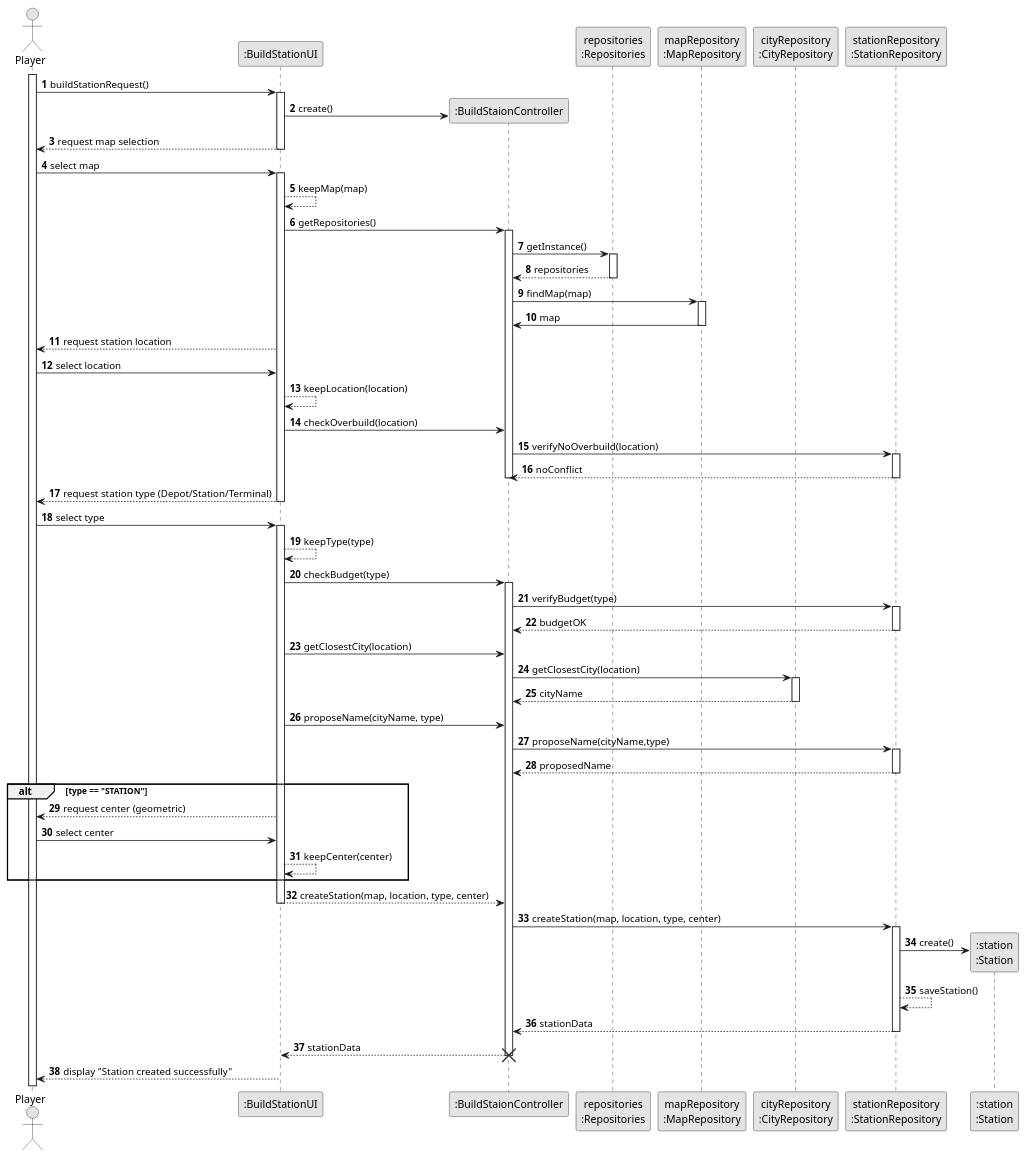
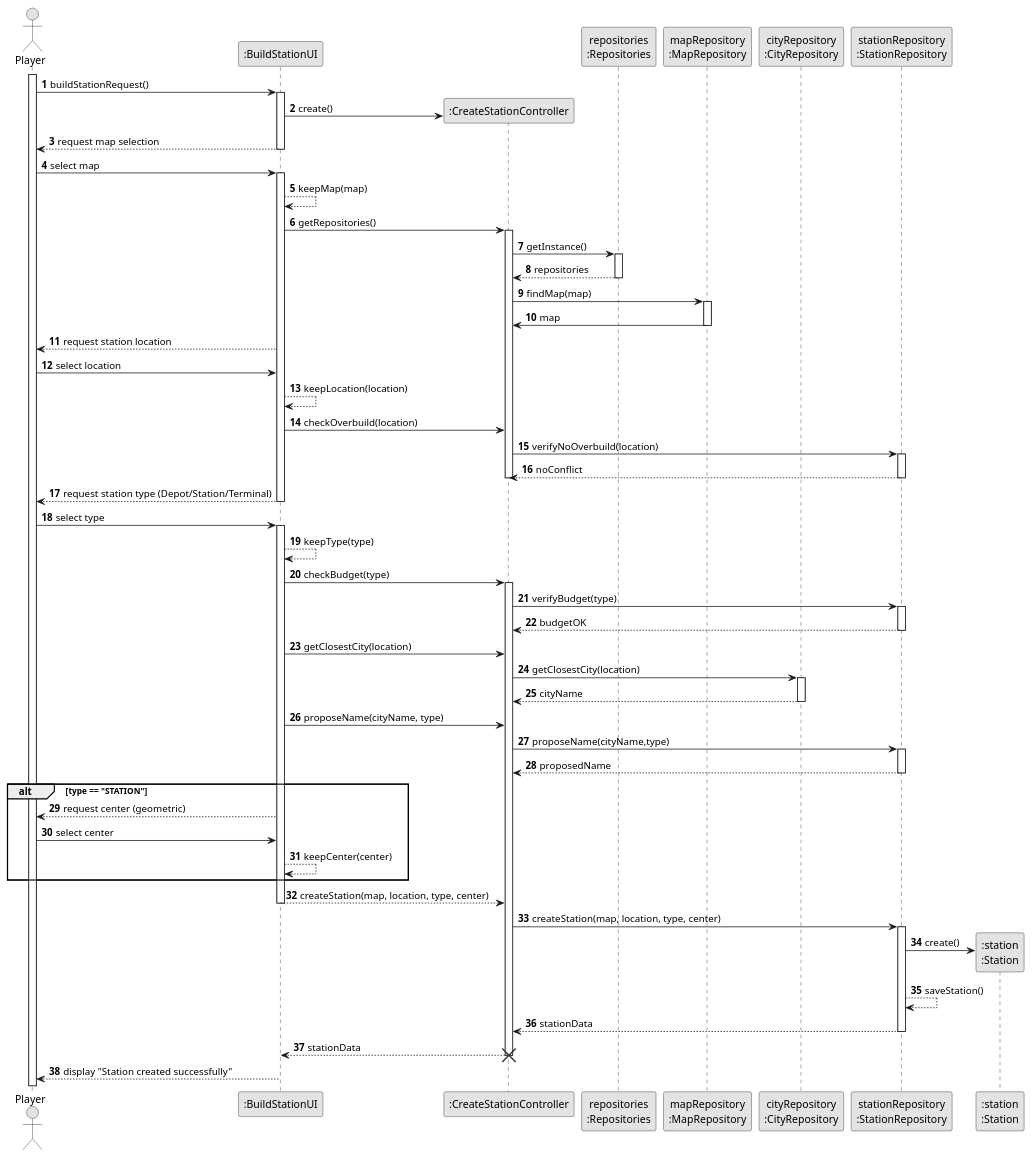
The diagram in docs/system-documentation/US005/03.design/puml/US005-SD.puml (goncalolopesp/sem2-pi-24.25-g093-repo), drawn with PlantUML before and after one commit. The commit also changed 10 other files, not shown here.

```diff
--- a/docs/system-documentation/US005/03.design/puml/US005-SD.puml
+++ b/docs/system-documentation/US005/03.design/puml/US005-SD.puml
@@ -1,108 +1,108 @@
 @startuml US005-SD
 skinparam monochrome true
 skinparam packageStyle rectangle
 skinparam shadowing false
 
 autonumber
 
 actor "Player" as Player
 participant ":BuildStationUI" as BuildStationUI
 
 
 activate Player
 
 Player -> BuildStationUI : buildStationRequest()
-create ":BuildStaionController" as BuildStationController
+create ":CreateStationController" as BuildStationController
 activate BuildStationUI
 BuildStationUI -> BuildStationController: create()
 participant "repositories\n:Repositories" as Repositories
 participant "mapRepository\n:MapRepository" as MapRepository
 participant "cityRepository\n:CityRepository" as CityRepository
 participant "stationRepository\n:StationRepository" as StationRepository
 
 
 BuildStationUI --> Player : request map selection
 deactivate BuildStationUI
 Player -> BuildStationUI : select map
 activate BuildStationUI
 BuildStationUI --> BuildStationUI : keepMap(map)
 
 
 BuildStationUI -> BuildStationController : getRepositories()
 activate BuildStationController
 BuildStationController -> Repositories : getInstance()
 activate Repositories
 Repositories --> BuildStationController : repositories
 deactivate Repositories
 
 BuildStationController -> MapRepository: findMap(map)
 activate MapRepository
 MapRepository -> BuildStationController: map
 deactivate MapRepository
 
 BuildStationUI --> Player : request station location
 
 Player -> BuildStationUI : select location
 
 BuildStationUI --> BuildStationUI : keepLocation(location)
 
 BuildStationUI -> BuildStationController : checkOverbuild(location)
 BuildStationController -> StationRepository : verifyNoOverbuild(location)
 activate StationRepository
 StationRepository --> BuildStationController : noConflict
 deactivate StationRepository
 
 deactivate BuildStationController
 BuildStationUI --> Player : request station type (Depot/Station/Terminal)
 deactivate BuildStationUI
 Player -> BuildStationUI : select type
 activate BuildStationUI
 BuildStationUI --> BuildStationUI : keepType(type)
 
 BuildStationUI -> BuildStationController : checkBudget(type)
 activate BuildStationController
 BuildStationController -> StationRepository : verifyBudget(type)
 
 activate StationRepository
 StationRepository --> BuildStationController : budgetOK
 deactivate StationRepository
 
 
 
 BuildStationUI -> BuildStationController : getClosestCity(location)
 BuildStationController -> CityRepository: getClosestCity(location)
 activate CityRepository
 CityRepository --> BuildStationController : cityName
 deactivate CityRepository
 BuildStationUI -> BuildStationController : proposeName(cityName, type)
 BuildStationController -> StationRepository : proposeName(cityName,type)
 activate StationRepository
 StationRepository --> BuildStationController : proposedName
 deactivate StationRepository
 
 
 alt type == "STATION"
   BuildStationUI --> Player : request center (geometric)
   Player -> BuildStationUI : select center
   BuildStationUI --> BuildStationUI : keepCenter(center)
 end
 
 BuildStationUI --> BuildStationController : createStation(map, location, type, center)
 deactivate BuildStationUI
 BuildStationController -> StationRepository : createStation(map, location, type, center)
 activate StationRepository
 create ":station\n:Station" as Station
 
 StationRepository -> Station: create()
 
 StationRepository --> StationRepository : saveStation()
 StationRepository --> BuildStationController : stationData
 deactivate StationRepository
 
 BuildStationController --> BuildStationUI : stationData
 deactivate BuildStationController
 destroy BuildStationController
 
 BuildStationUI --> Player : display "Station created successfully"
 deactivate BuildStationUI
 @enduml
```
